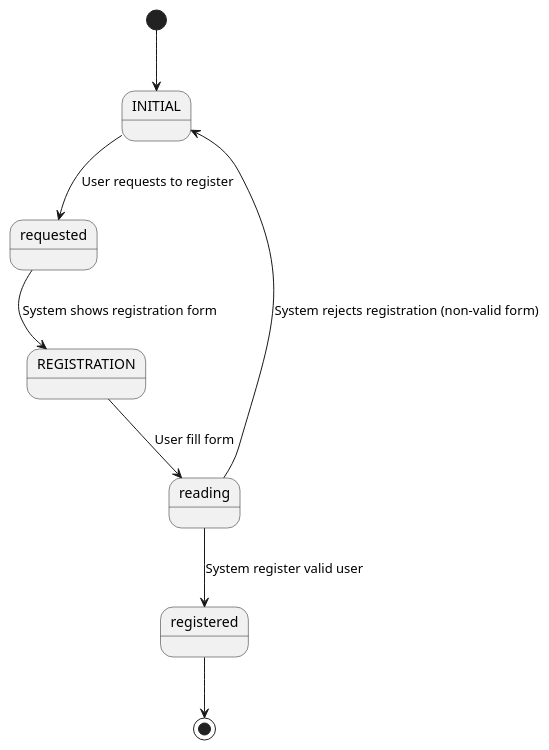
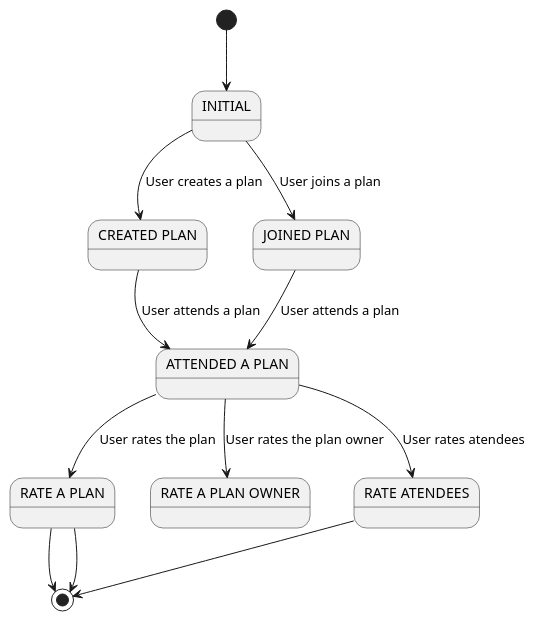
One commit to colasin16/pop-up-plan changed the diagram in docs/context.puml. Above: the diagram before and after it, drawn with PlantUML. The commit also changed 1 other file, not shown here.

```diff
--- a/docs/context.puml
+++ b/docs/context.puml
@@ -1,19 +1,23 @@
 @startuml
-
-' TODO: Make my own diagram
  
 state INITIAL
-state requested
-state REGISTRATION
-state reading
-state registered
+state PLANCREATED as "CREATED PLAN"
+state JOINEDPLAN as "JOINED PLAN"
+state ATTENDPLAN as "ATTENDED A PLAN"
+state RATEDPLAN as "RATE A PLAN"
+state RATEDOWNER as "RATE A PLAN OWNER"
+state RATEATENDEE as "RATE ATENDEES"
 
 [*] --> INITIAL
-INITIAL --> requested : User requests to register
-requested --> REGISTRATION : System shows registration form 
-REGISTRATION --> reading : User fill form
-reading --> INITIAL : System rejects registration (non-valid form)
-reading --> registered : System register valid user
-registered --> [*]
+INITIAL --> PLANCREATED : User creates a plan
+INITIAL --> JOINEDPLAN : User joins a plan
+PLANCREATED --> ATTENDPLAN : User attends a plan
+JOINEDPLAN --> ATTENDPLAN : User attends a plan
+ATTENDPLAN --> RATEDOWNER : User rates the plan owner
+ATTENDPLAN --> RATEDPLAN : User rates the plan
+ATTENDPLAN --> RATEATENDEE : User rates atendees
+RATEDPLAN --> [*]
+RATEDPLAN --> [*]
+RATEATENDEE --> [*]
 
 @enduml
```
